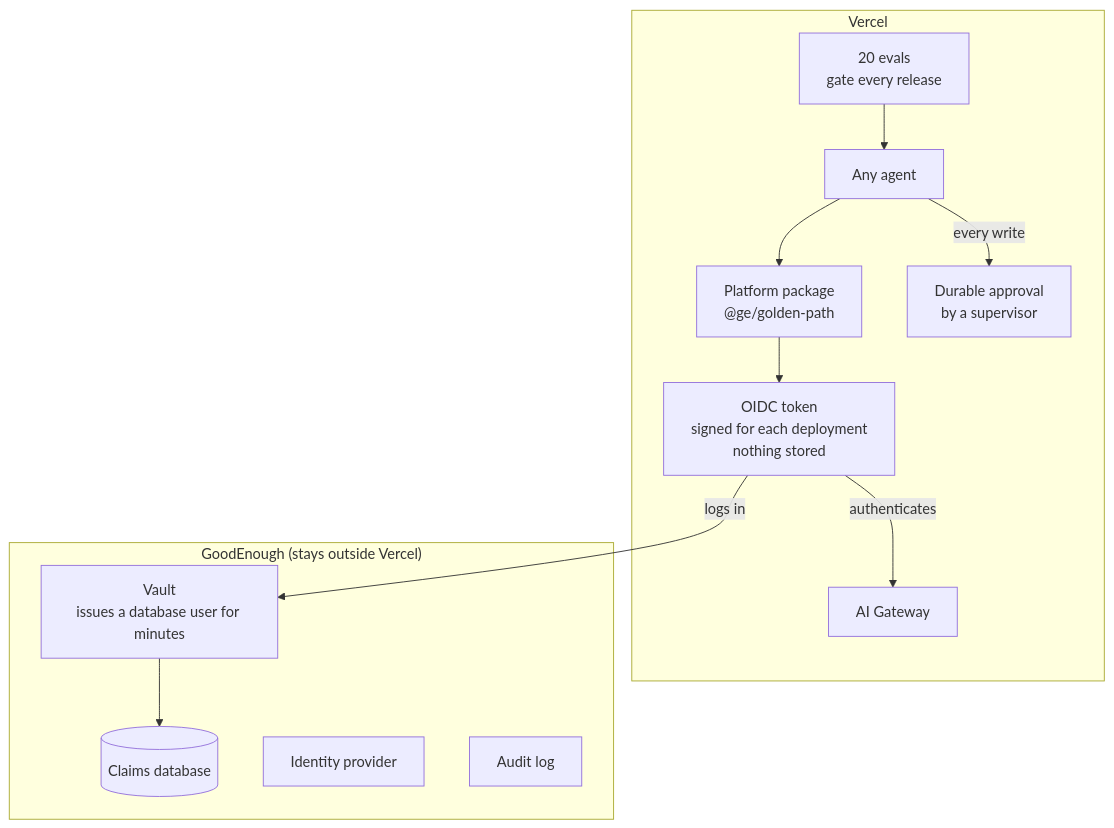
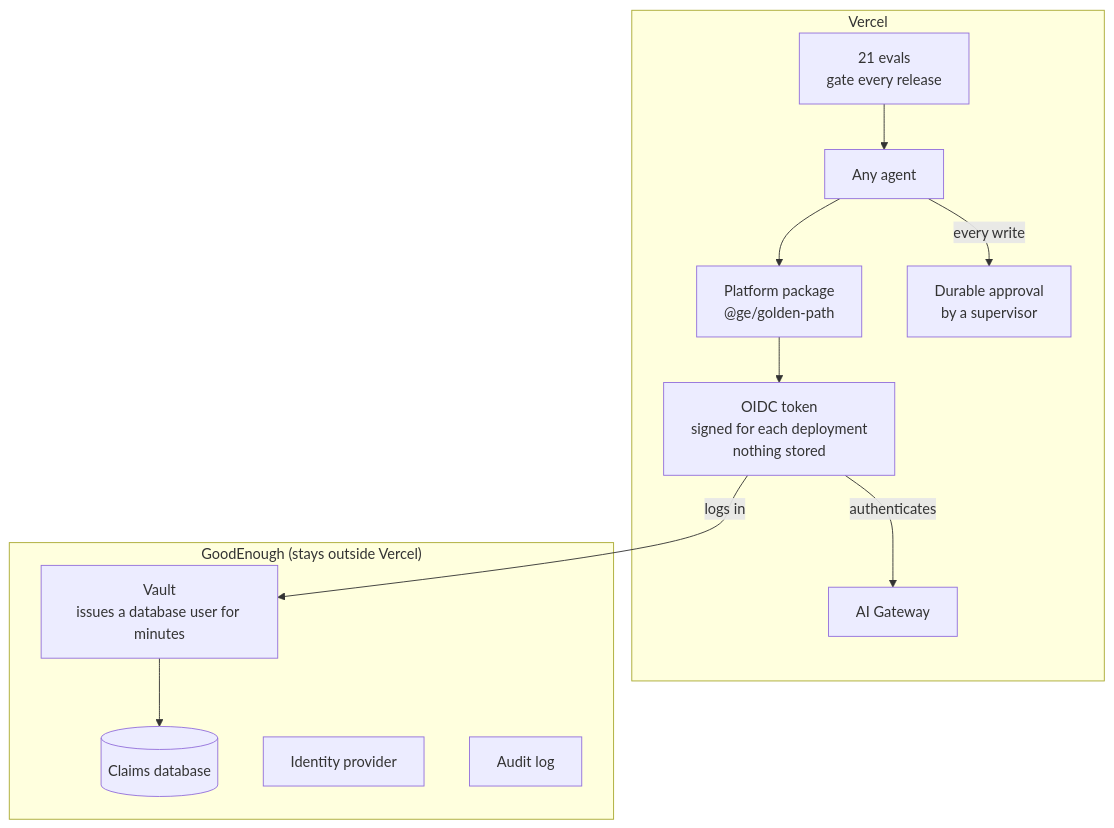
One commit to cmylchan/goodenoughinsurance-eve-migration-demo changed the second of 3 diagrams in docs/SUBMISSION.md. Above: the diagram before and after it, drawn with Mermaid. The commit also changed other lines of this file and 6 other files, not shown here.

````diff
--- a/docs/SUBMISSION.md
+++ b/docs/SUBMISSION.md
@@ -129,18 +129,18 @@
 ```mermaid
 flowchart TB
   subgraph VC["Vercel"]
-    E["20 evals<br/>gate every release"] --> A["Any agent"]
+    E["21 evals<br/>gate every release"] --> A["Any agent"]
     A --> G["Platform package<br/>@ge/golden-path"]
     A -- "every write" --> W["Durable approval<br/>by a supervisor"]
     G --> O["OIDC token<br/>signed for each deployment<br/>nothing stored"]
     O -- "authenticates" --> M["AI Gateway"]
   end
   subgraph CU["GoodEnough (stays outside Vercel)"]
     V["Vault<br/>issues a database user for minutes"]
     DB[("Claims database")]
     I["Identity provider"]
     AU["Audit log"]
   end
   O -- "logs in" --> V
   V --> DB
 ```
````
